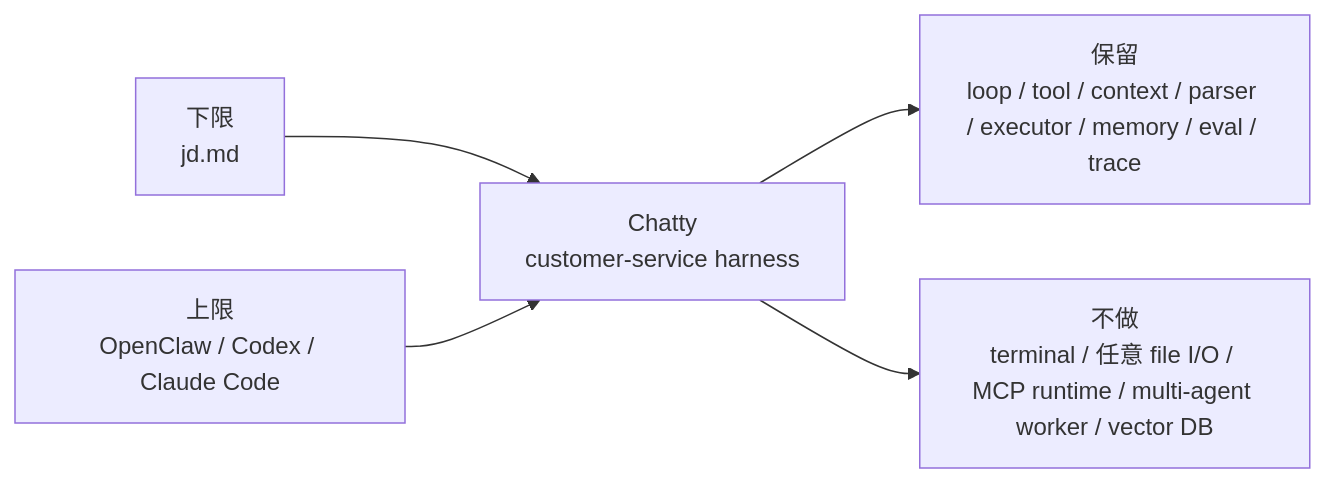
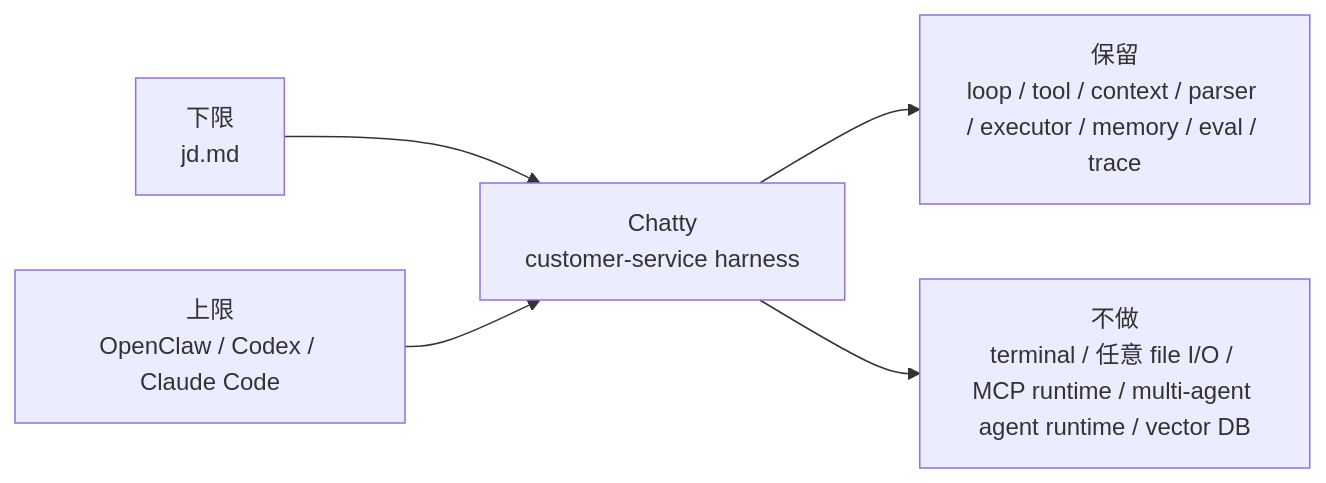
The first of 24 diagrams in docs/design.md (ImWenyaoT/chatty), drawn with Mermaid before and after one commit. The commit also changed other lines of this file and 30 other files, not shown here.

````diff
--- a/docs/design.md
+++ b/docs/design.md
@@ -34,8 +34,8 @@
 ```mermaid
 flowchart LR
   Lower["下限<br/>jd.md"] --> Chatty["Chatty<br/>customer-service harness"]
   Upper["上限<br/>OpenClaw / Codex / Claude Code"] --> Chatty
 
   Chatty --> Keep["保留<br/>loop / tool / context / parser / executor / memory / eval / trace"]
-  Chatty --> Cut["不做<br/>terminal / 任意 file I/O / MCP runtime / multi-agent worker / vector DB"]
+  Chatty --> Cut["不做<br/>terminal / 任意 file I/O / MCP runtime / multi-agent agent runtime / vector DB"]
 ```
````
